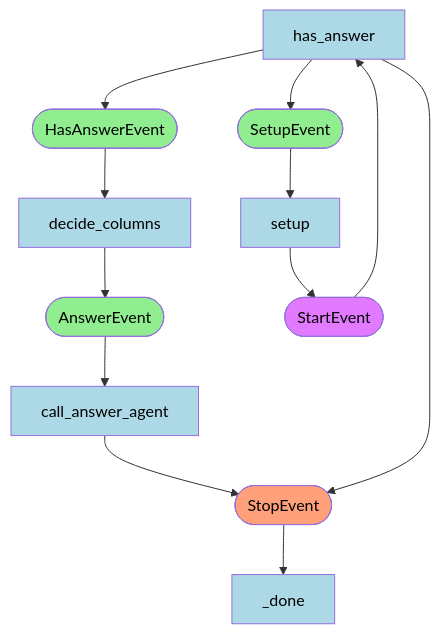
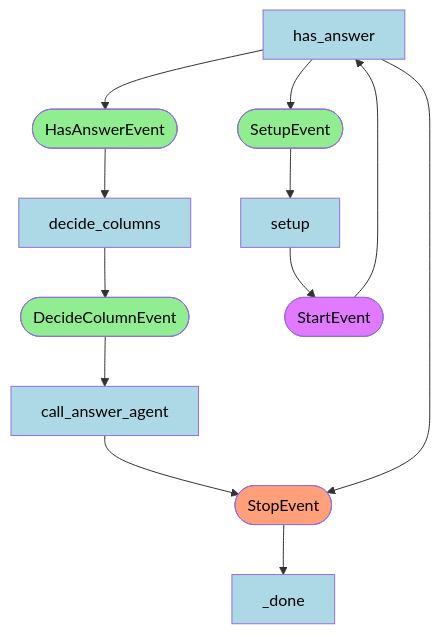
Before and after one commit to therealcyberlord/PandasFlow: the diagram in README.md, drawn with Mermaid. The commit also changed 4 other files, not shown here.

Commit message:
chore: update agent diagram

````diff
--- a/README.md
+++ b/README.md
@@ -17,29 +17,37 @@
 ```mermaid
 flowchart TD
     step__done["_done"]:::stepStyle
     event_StopEvent(["StopEvent"]):::stopEventStyle
     step_call_answer_agent["call_answer_agent"]:::stepStyle
-    event_AnswerEvent(["AnswerEvent"]):::defaultEventStyle
+    event_DecideColumnEvent(["DecideColumnEvent"]):::defaultEventStyle
     step_decide_columns["decide_columns"]:::stepStyle
     event_HasAnswerEvent(["HasAnswerEvent"]):::defaultEventStyle
     step_has_answer["has_answer"]:::stepStyle
     event_StartEvent(["StartEvent"]):::startEventStyle
     event_SetupEvent(["SetupEvent"]):::defaultEventStyle
     step_setup["setup"]:::stepStyle
     event_StopEvent --> step__done
     step_call_answer_agent --> event_StopEvent
-    event_AnswerEvent --> step_call_answer_agent
-    step_decide_columns --> event_AnswerEvent
+    event_DecideColumnEvent --> step_call_answer_agent
+    step_decide_columns --> event_DecideColumnEvent
     event_HasAnswerEvent --> step_decide_columns
     step_has_answer --> event_SetupEvent
     step_has_answer --> event_HasAnswerEvent
     step_has_answer --> event_StopEvent
     event_StartEvent --> step_has_answer
     step_setup --> event_StartEvent
     event_SetupEvent --> step_setup
     classDef stepStyle fill:#ADD8E6,color:#000000,line-height:1.2
     classDef externalStyle fill:#BEDAE4,color:#000000,line-height:1.2
     classDef startEventStyle fill:#E27AFF,color:#000000
     classDef stopEventStyle fill:#FFA07A,color:#000000
     classDef defaultEventStyle fill:#90EE90,color:#000000
+    classDef reactAgentStyle fill:#E27AFF,color:#000000
+    classDef codeActAgentStyle fill:#66ccff,color:#000000
+    classDef defaultAgentStyle fill:#90EE90,color:#000000
+    classDef toolStyle fill:#ff9966,color:#000000
+    classDef workflowBaseStyle fill:#90EE90,color:#000000
+    classDef workflowAgentStyle fill:#66ccff,color:#000000
+    classDef workflowToolStyle fill:#ff9966,color:#000000
+    classDef workflowHandoffStyle fill:#E27AFF,color:#000000
 ```
````
